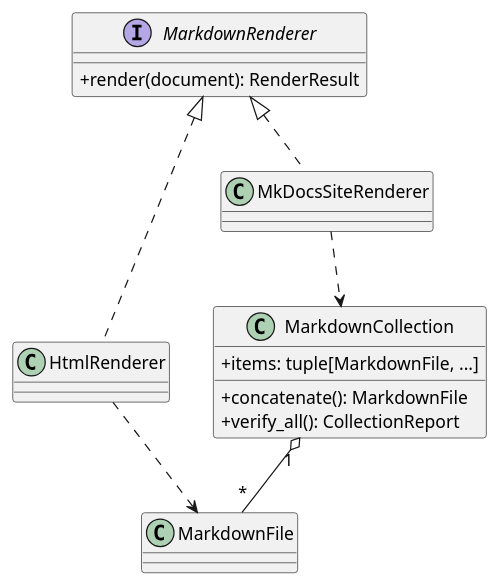
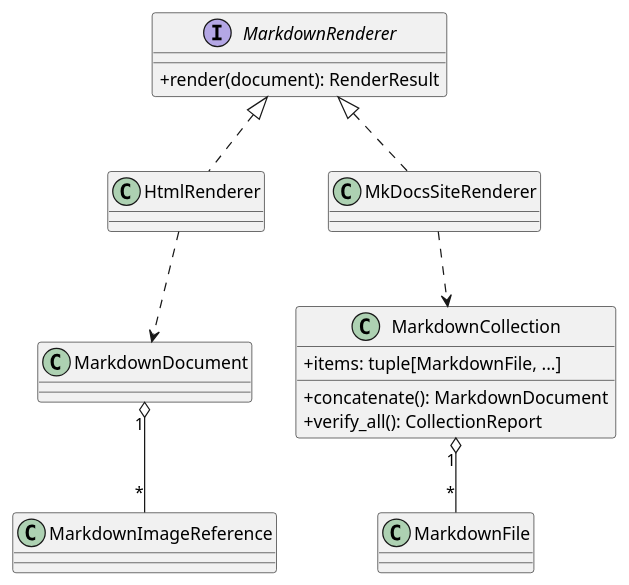
One commit to antoinebarre/scribpy changed the fourth of 4 diagrams in doc/architecture-core.md. Above: the diagram before and after it, drawn with PlantUML. The commit also changed other lines of this file and 7 other files, not shown here.

````diff
--- a/doc/architecture-core.md
+++ b/doc/architecture-core.md
@@ -74,26 +121,29 @@
 ```plantuml
 @startuml
 skinparam classAttributeIconSize 0
 
 class MarkdownFile
+class MarkdownDocument
+class MarkdownImageReference
 
 class MarkdownCollection {
   +items: tuple[MarkdownFile, ...]
-  +concatenate(): MarkdownFile
+  +concatenate(): MarkdownDocument
   +verify_all(): CollectionReport
 }
 
 interface MarkdownRenderer {
   +render(document): RenderResult
 }
 
 class HtmlRenderer
 class MkDocsSiteRenderer
 
 MarkdownCollection "1" o-- "*" MarkdownFile
+MarkdownDocument "1" o-- "*" MarkdownImageReference
 MarkdownRenderer <|.. HtmlRenderer
 MarkdownRenderer <|.. MkDocsSiteRenderer
-HtmlRenderer ..> MarkdownFile
+HtmlRenderer ..> MarkdownDocument
 MkDocsSiteRenderer ..> MarkdownCollection
 @enduml
 ```
````
